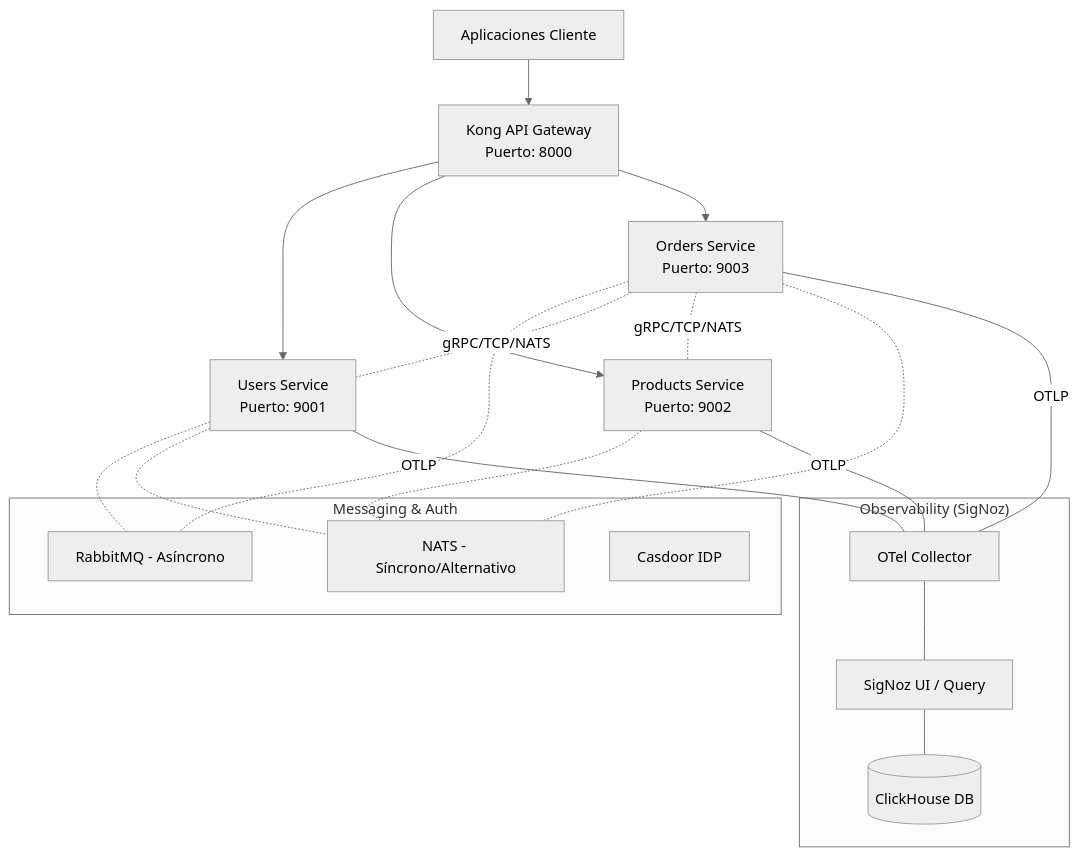
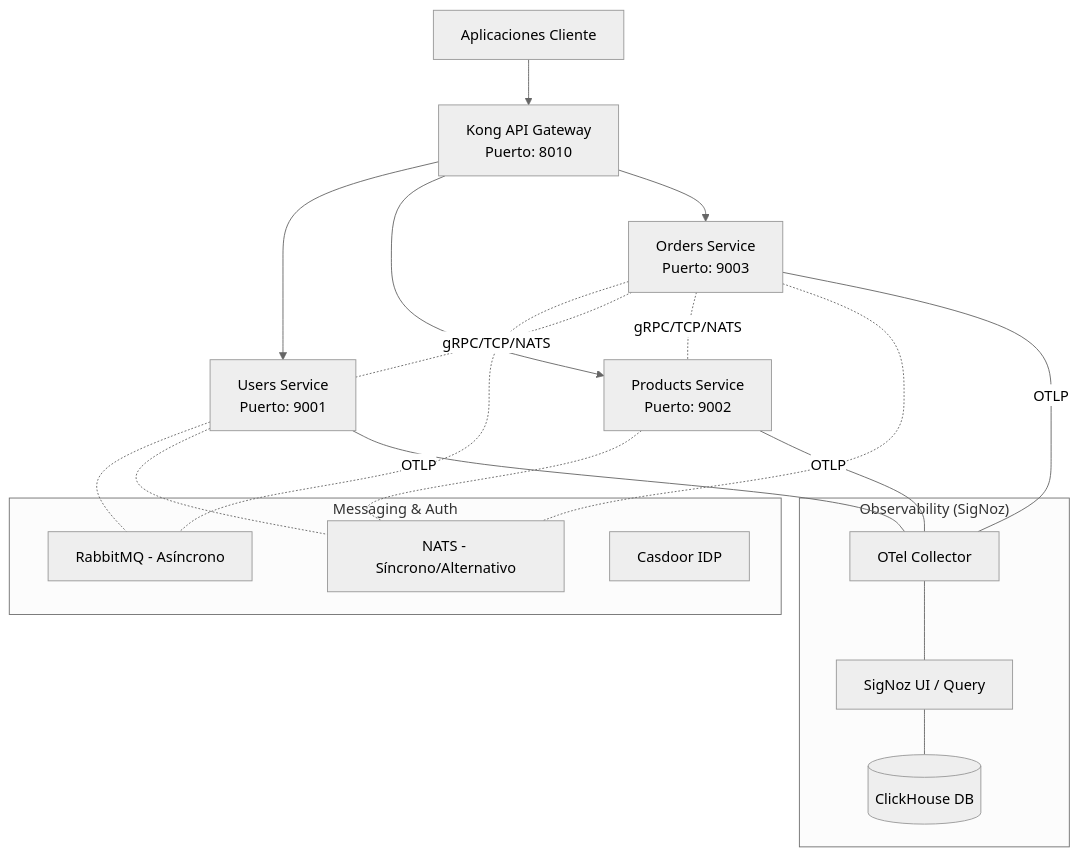
Before and after one commit to bleidertcs/ecommerce-microservices: the diagram in README.md, drawn with Mermaid (neutral theme). The commit also changed other lines of this file and 22 other files, not shown here.

````diff
--- a/README.md
+++ b/README.md
@@ -27,30 +30,30 @@
 ```mermaid
 graph TB
-    Client[Aplicaciones Cliente] --> Kong[Kong API Gateway<br/>Puerto: 8000]
+    Client[Aplicaciones Cliente] --> Kong[Kong API Gateway<br/>Puerto: 8010]
     Kong --> Users[Users Service<br/>Puerto: 9001]
     Kong --> Products[Products Service<br/>Puerto: 9002]
     Kong --> Orders[Orders Service<br/>Puerto: 9003]
 
     subgraph "Messaging & Auth"
         RMQ[RabbitMQ - Asíncrono]
         NATS[NATS - Síncrono/Alternativo]
         CD[Casdoor IDP]
     end
 
     subgraph "Observability (SigNoz)"
         SN[SigNoz UI / Query]
         OT[OTel Collector]
         CH[(ClickHouse DB)]
     end
 
     Users-.-RMQ
     Orders-.-RMQ
     Orders-.- |gRPC/TCP/NATS| Users
     Orders-.- |gRPC/TCP/NATS| Products
     Users-.-NATS
     Products-.-NATS
     Orders-.-NATS
     Users & Products & Orders --- |OTLP| OT
     OT --- SN
     SN --- CH
 ```
````
